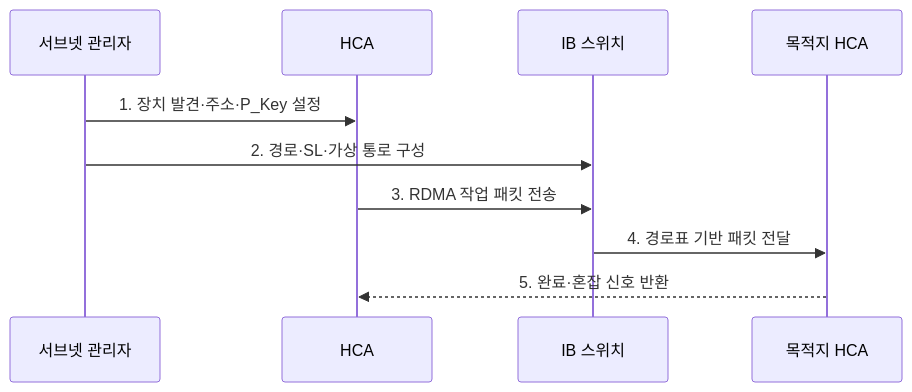
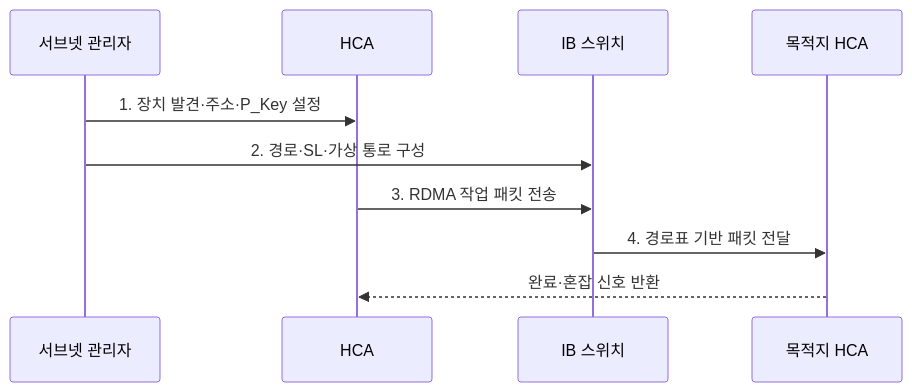
One commit to agnusdei1207/knowledge-base changed the second of 2 diagrams in src/content/docs/notes/08-latest-tech/151_infiniband.md. Above: the diagram before and after it, drawn with Mermaid. The commit also changed other lines of this file and 225 other files, not shown here.

````diff
--- a/src/content/docs/notes/08-latest-tech/151_infiniband.md
+++ b/src/content/docs/notes/08-latest-tech/151_infiniband.md
@@ -81,12 +80,12 @@
 ```mermaid
 sequenceDiagram
     participant S as 서브넷 관리자
     participant H as HCA
     participant W as IB 스위치
     participant D as 목적지 HCA
     S->>H: 1. 장치 발견·주소·P_Key 설정
     S->>W: 2. 경로·SL·가상 통로 구성
     H->>W: 3. RDMA 작업 패킷 전송
     W->>D: 4. 경로표 기반 패킷 전달
-    D-->>H: 5. 완료·혼잡 신호 반환
+    D-->>H: 완료·혼잡 신호 반환
 ```
````
